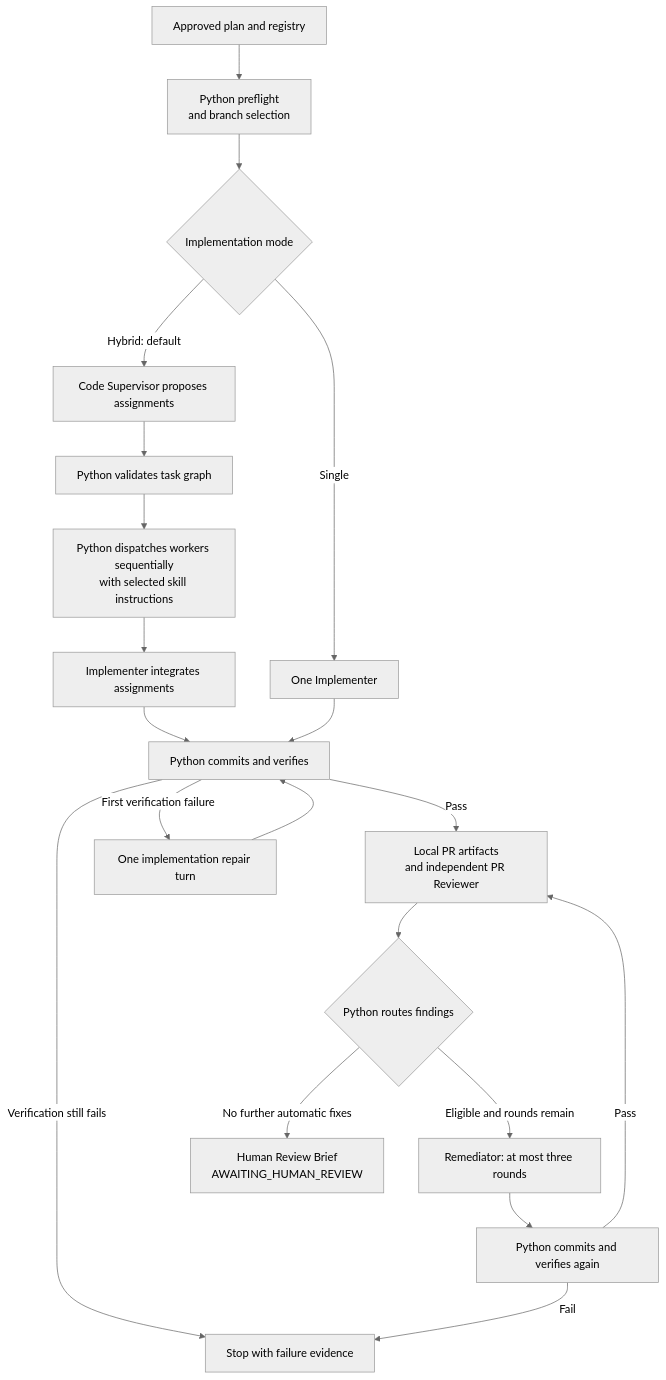
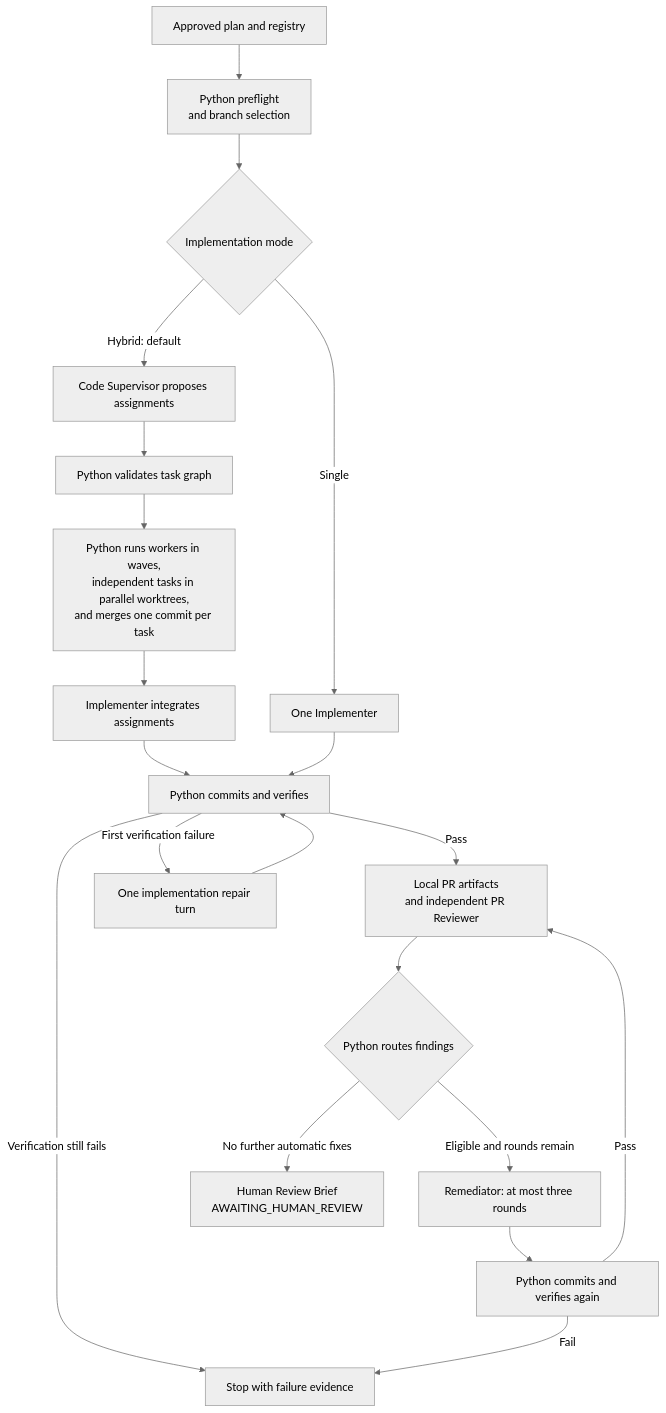
One commit to somr/awscao_agenticwflw changed the fourth of 6 diagrams in agentic-sdlc-docs/architecture.md. Above: the diagram before and after it, drawn with Mermaid (neutral theme). The commit also changed other lines of this file and 6 other files, not shown here.

Commit message:
Document parallel hybrid waves and record the live run

````diff
--- a/agentic-sdlc-docs/architecture.md
+++ b/agentic-sdlc-docs/architecture.md
@@ -98,22 +99,22 @@
 ```mermaid
 flowchart TD
     P["Approved plan and registry"] --> CHECK["Python preflight<br/>and branch selection"]
     CHECK --> MODE{"Implementation mode"}
     MODE -->|Hybrid: default| SUP["Code Supervisor proposes assignments"]
     SUP --> GRAPH["Python validates task graph"]
-    GRAPH --> WORK["Python dispatches workers sequentially<br/>with selected skill instructions"]
+    GRAPH --> WORK["Python runs workers in waves,<br/>independent tasks in parallel worktrees,<br/>and merges one commit per task"]
     WORK --> INT["Implementer integrates assignments"]
     MODE -->|Single| IMP["One Implementer"]
     INT --> COMMIT["Python commits and verifies"]
     IMP --> COMMIT
     COMMIT -->|Pass| REVIEW["Local PR artifacts<br/>and independent PR Reviewer"]
     COMMIT -->|First verification failure| REPAIR["One implementation repair turn"]
     REPAIR --> COMMIT
     COMMIT -->|Verification still fails| BLOCK["Stop with failure evidence"]
     REVIEW --> ROUTE{"Python routes findings"}
     ROUTE -->|Eligible and rounds remain| REM["Remediator: at most three rounds"]
     REM --> VERIFY["Python commits and verifies again"]
     VERIFY -->|Pass| REVIEW
     VERIFY -->|Fail| BLOCK
     ROUTE -->|No further automatic fixes| BRIEF["Human Review Brief<br/>AWAITING_HUMAN_REVIEW"]
 ```
````
